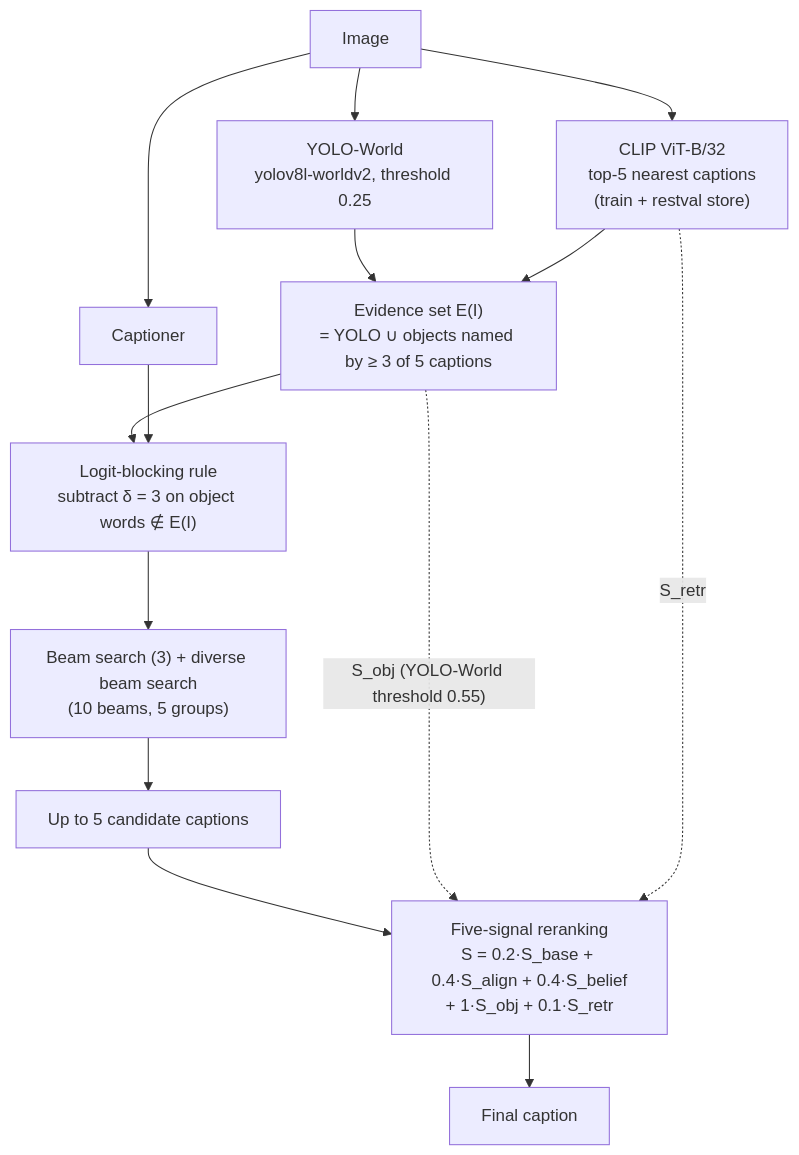
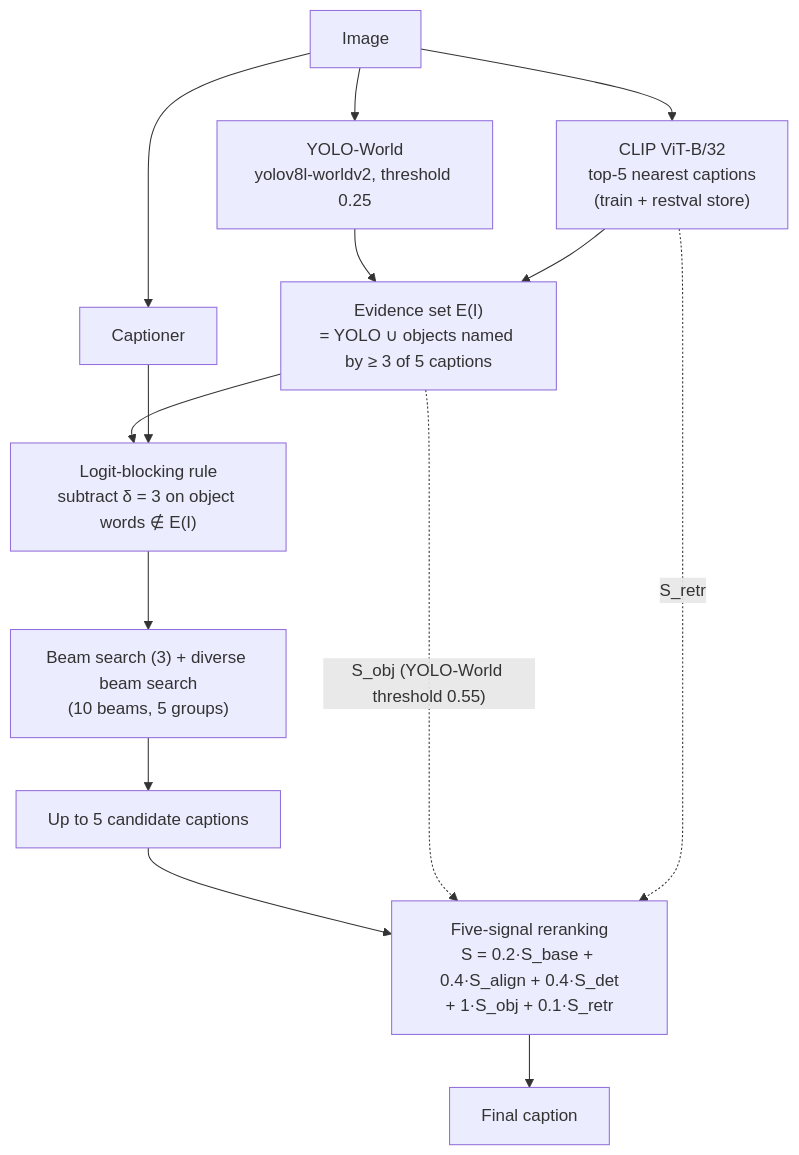
Before and after one commit to Thinha1/MEHC-Cap: the second of 2 diagrams in README.md, drawn with Mermaid. The commit also changed other lines of this file and 51 other files, not shown here.

````diff
--- a/README.md
+++ b/README.md
@@ -38,16 +38,16 @@
 ```mermaid
 flowchart TD
     IMG["Image"] --> YOLO["YOLO-World<br/>yolov8l-worldv2, threshold 0.25"]
     IMG --> RET["CLIP ViT-B/32<br/>top-5 nearest captions<br/>(train + restval store)"]
     IMG --> GEN["Captioner"]
     YOLO --> EV["Evidence set E(I)<br/>= YOLO ∪ objects named by ≥ 3 of 5 captions"]
     RET --> EV
     EV --> BLOCK["Logit-blocking rule<br/>subtract δ = 3 on object words ∉ E(I)"]
     GEN --> BLOCK
     BLOCK --> BEAM["Beam search (3) + diverse beam search<br/>(10 beams, 5 groups)"]
     BEAM --> CAND["Up to 5 candidate captions"]
-    CAND --> RERANK["Five-signal reranking<br/>S = 0.2·S_base + 0.4·S_align + 0.4·S_belief<br/>+ 1·S_obj + 0.1·S_retr"]
+    CAND --> RERANK["Five-signal reranking<br/>S = 0.2·S_base + 0.4·S_align + 0.4·S_det<br/>+ 1·S_obj + 0.1·S_retr"]
     EV -. "S_obj (YOLO-World threshold 0.55)" .-> RERANK
     RET -. "S_retr" .-> RERANK
     RERANK --> OUT["Final caption"]
 ```
````
